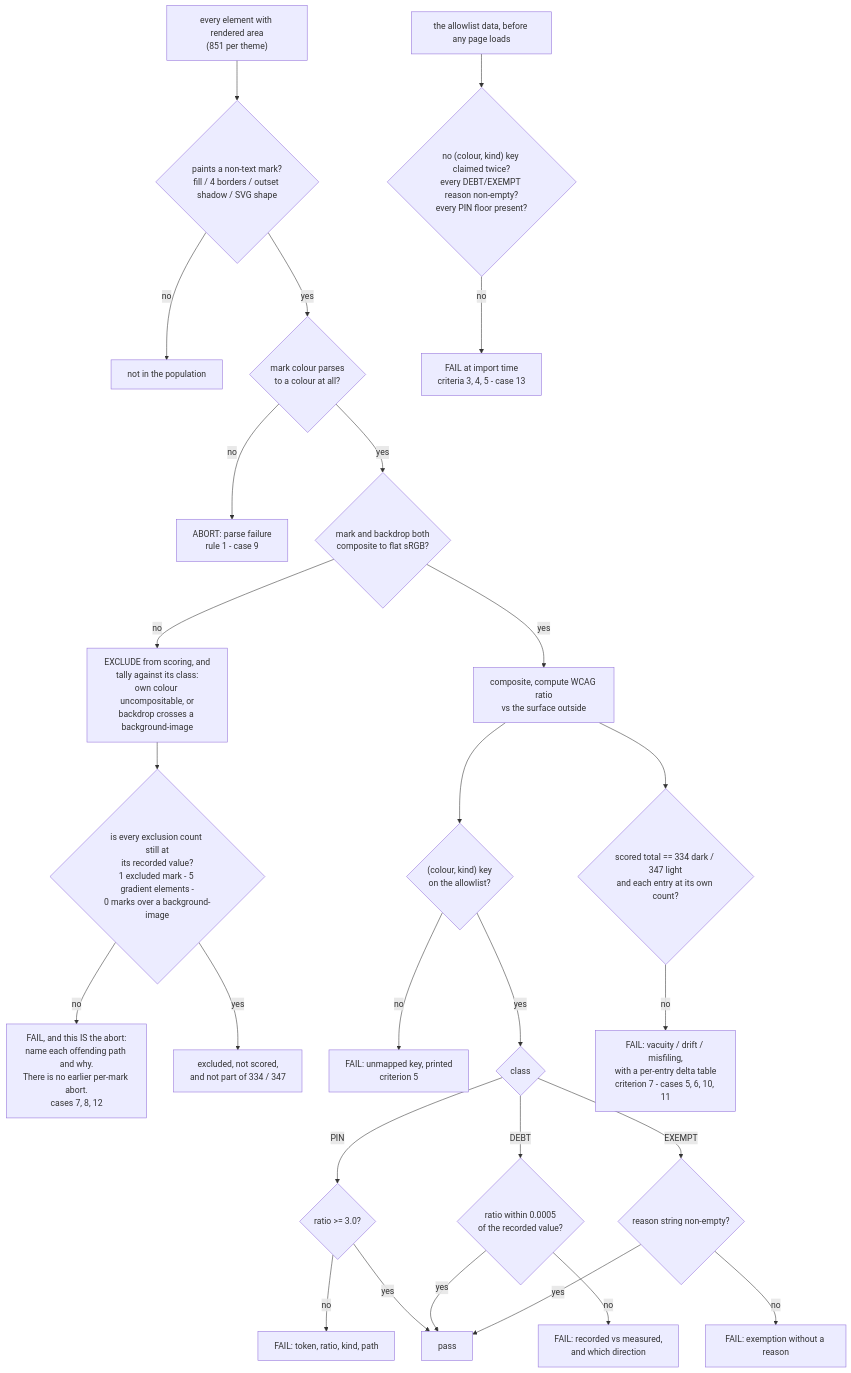
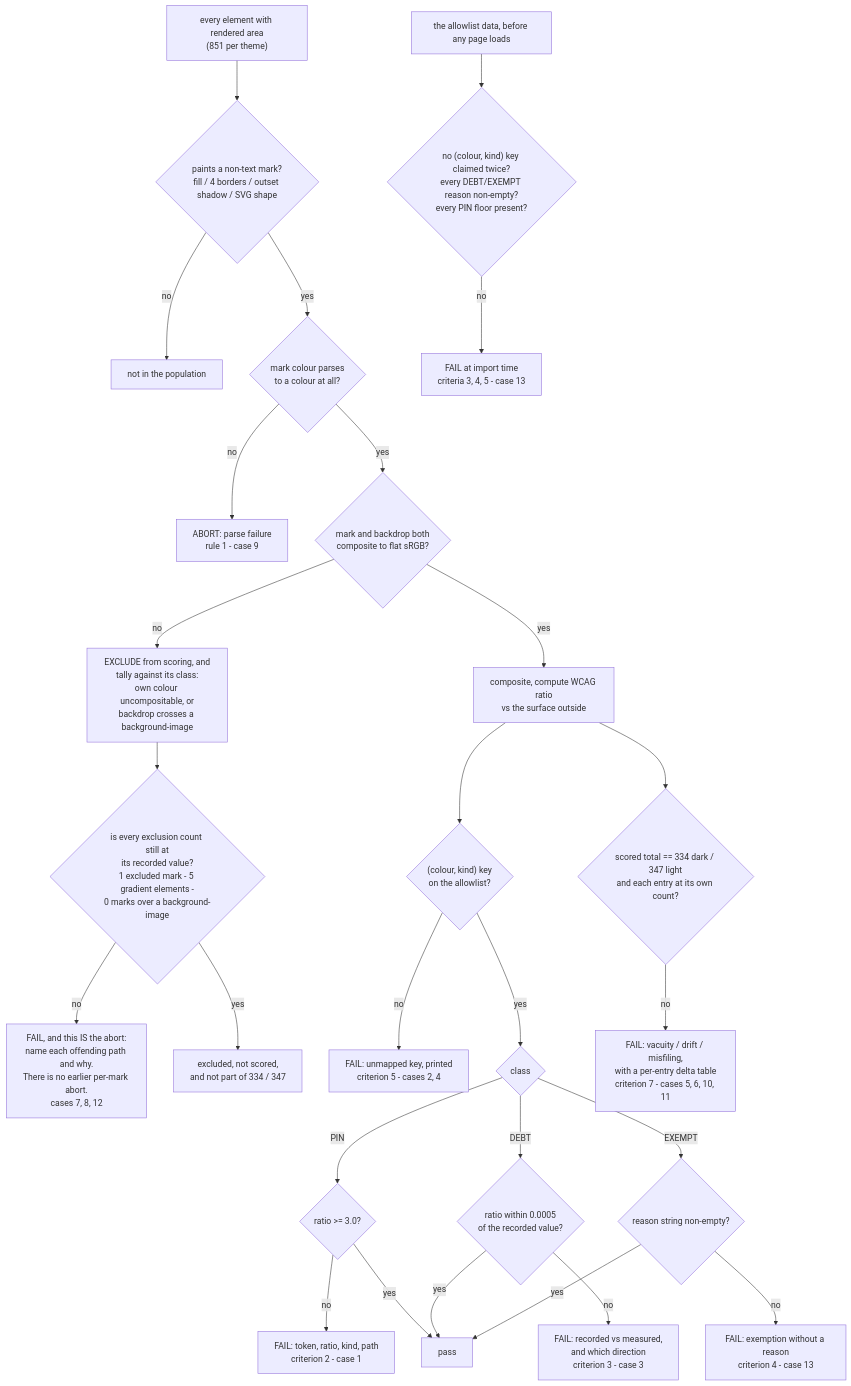
One commit to suyatdev/.claude changed the diagram in docs/features/treko-non-text-contrast.md. Above: the diagram before and after it, drawn with Mermaid. The commit also changed other lines of this file and 1 other file, not shown here.

````diff
--- a/docs/features/treko-non-text-contrast.md
+++ b/docs/features/treko-non-text-contrast.md
@@ -474,29 +480,29 @@
 ```mermaid
 flowchart TD
     A["every element with rendered area<br/>(851 per theme)"] --> B{"paints a non-text mark?<br/>fill / 4 borders / outset shadow / SVG shape"}
     B -->|no| Z["not in the population"]
     B -->|yes| N{"mark colour parses<br/>to a colour at all?"}
     N -->|no| FN["ABORT: parse failure<br/>rule 1 - case 9"]
     N -->|yes| C{"mark and backdrop both<br/>composite to flat sRGB?"}
     C -->|no| X["EXCLUDE from scoring, and<br/>tally against its class:<br/>own colour uncompositable, or<br/>backdrop crosses a background-image"]
     X --> W{"is every exclusion count still at<br/>its recorded value?<br/>1 excluded mark - 5 gradient elements -<br/>0 marks over a background-image"}
     W -->|no| F2["FAIL, and this IS the abort:<br/>name each offending path and why.<br/>There is no earlier per-mark abort.<br/>cases 7, 8, 12"]
     W -->|yes| OKX["excluded, not scored,<br/>and not part of 334 / 347"]
     C -->|yes| E["composite, compute WCAG ratio<br/>vs the surface outside"]
     E --> G{"(colour, kind) key<br/>on the allowlist?"}
-    G -->|no| F3["FAIL: unmapped key, printed<br/>criterion 5"]
+    G -->|no| F3["FAIL: unmapped key, printed<br/>criterion 5 - cases 2, 4"]
     G -->|yes| H{"class"}
     H -->|PIN| P{"ratio >= 3.0?"}
     H -->|DEBT| Q{"ratio within 0.0005<br/>of the recorded value?"}
     H -->|EXEMPT| R{"reason string non-empty?"}
-    P -->|no| FP["FAIL: token, ratio, kind, path"]
-    Q -->|no| FQ["FAIL: recorded vs measured,<br/>and which direction"]
-    R -->|no| FR["FAIL: exemption without a reason"]
+    P -->|no| FP["FAIL: token, ratio, kind, path<br/>criterion 2 - case 1"]
+    Q -->|no| FQ["FAIL: recorded vs measured,<br/>and which direction<br/>criterion 3 - case 3"]
+    R -->|no| FR["FAIL: exemption without a reason<br/>criterion 4 - case 13"]
     P -->|yes| OK["pass"]
     Q -->|yes| OK
     R -->|yes| OK
     E --> V{"scored total == 334 dark / 347 light<br/>and each entry at its own count?"}
     V -->|no| FV["FAIL: vacuity / drift / misfiling,<br/>with a per-entry delta table<br/>criterion 7 - cases 5, 6, 10, 11"]
     D0["the allowlist data, before any page loads"] --> D1{"no (colour, kind) key claimed twice?<br/>every DEBT/EXEMPT reason non-empty?<br/>every PIN floor present?"}
     D1 -->|no| FD["FAIL at import time<br/>criteria 3, 4, 5 - case 13"]
 ```
````
